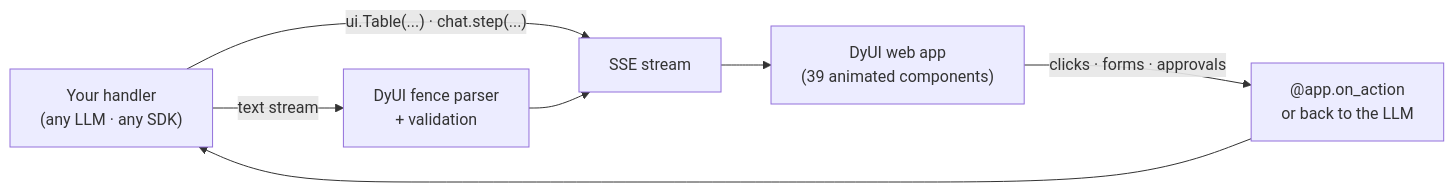
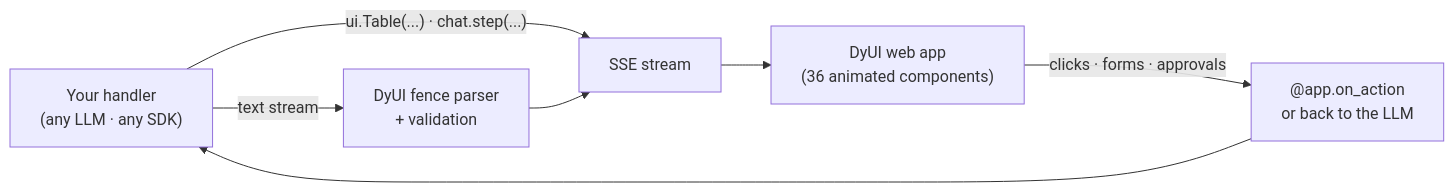
Before and after one commit to sohammmzzz/dyui: the diagram in README.md, drawn with Mermaid. The commit also changed other lines of this file, not shown here.

````diff
--- a/README.md
+++ b/README.md
@@ -134,9 +134,9 @@
 ```mermaid
 flowchart LR
     H["Your handler<br/>(any LLM · any SDK)"] -- "text stream" --> P["DyUI fence parser<br/>+ validation"]
     H -- "ui.Table(...) · chat.step(...)" --> S
     P --> S["SSE stream"]
-    S --> W["DyUI web app<br/>(39 animated components)"]
+    S --> W["DyUI web app<br/>(36 animated components)"]
     W -- "clicks · forms · approvals" --> A["@app.on_action<br/>or back to the LLM"]
     A --> H
 ```
````
